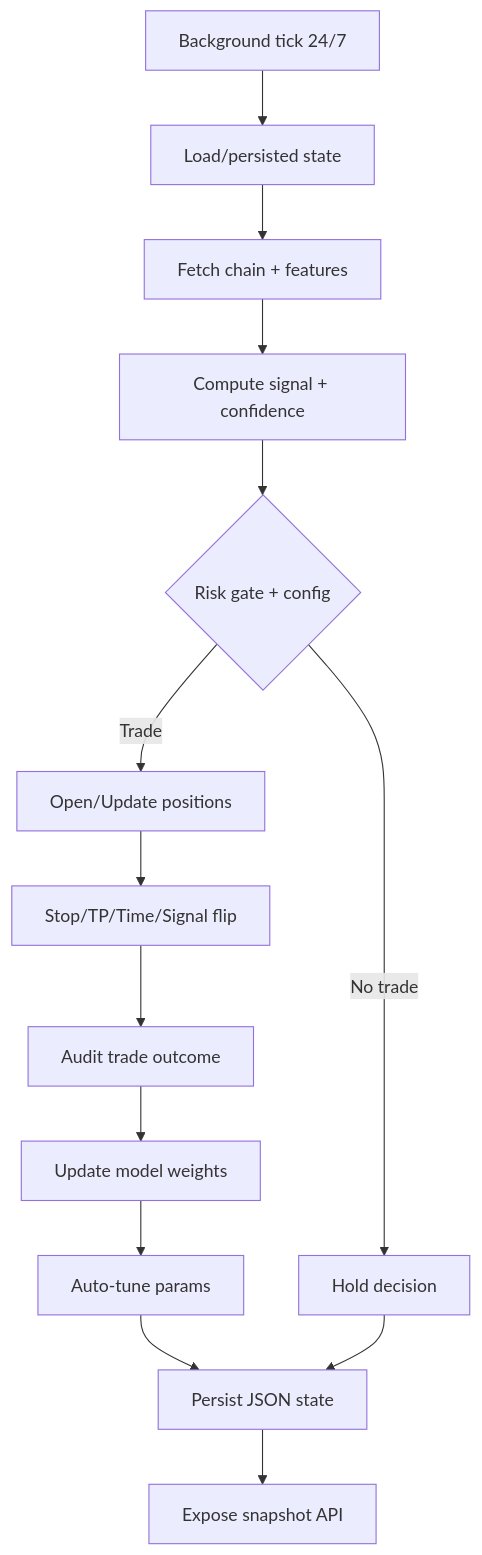
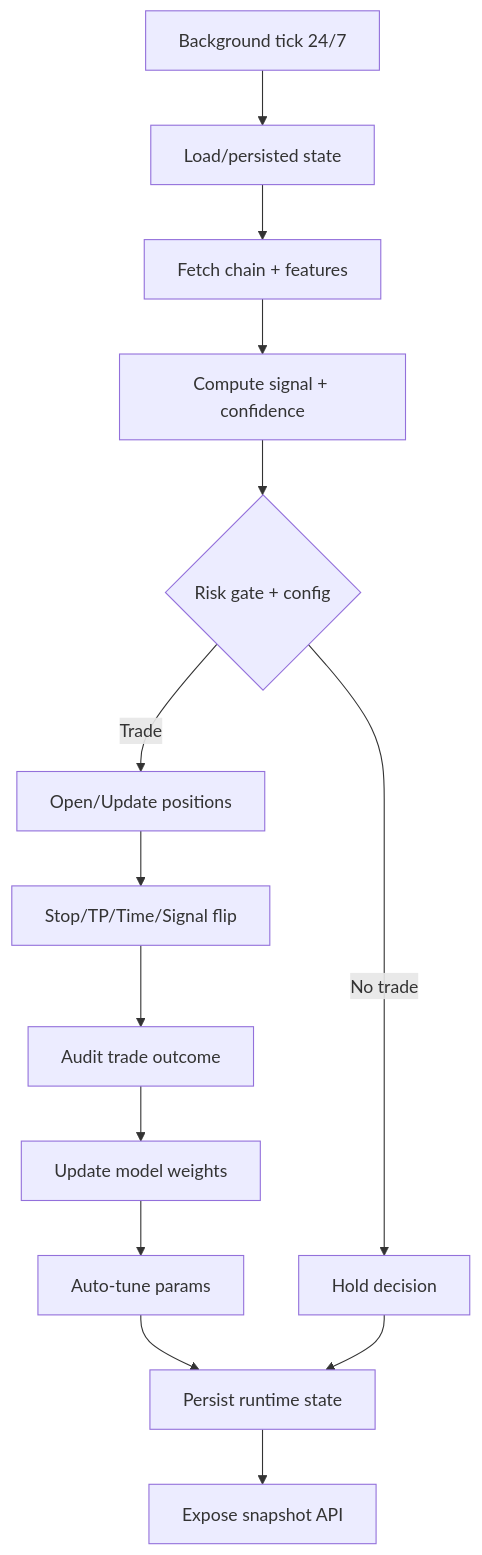
Before and after one commit to Kapriel-Talatinian/Atlas_public: the fourth of 5 diagrams in README.md, drawn with Mermaid. The commit also changed other lines of this file and 34 other files, not shown here.

````diff
--- a/README.md
+++ b/README.md
@@ -208,19 +213,19 @@
 ```mermaid
 flowchart TD
     Tick[Background tick 24/7] --> LoadState[Load/persisted state]
     LoadState --> FetchChain[Fetch chain + features]
     FetchChain --> Signal[Compute signal + confidence]
     Signal --> RiskGate{Risk gate + config}
 
     RiskGate -->|Trade| OpenPos[Open/Update positions]
     RiskGate -->|No trade| Hold[Hold decision]
 
     OpenPos --> ExitLogic[Stop/TP/Time/Signal flip]
     ExitLogic --> Audit[Audit trade outcome]
     Audit --> Learn[Update model weights]
     Learn --> AutoTune[Auto-tune params]
-    AutoTune --> Persist[Persist JSON state]
+    AutoTune --> Persist[Persist runtime state]
 
     Hold --> Persist
     Persist --> Snapshot[Expose snapshot API]
 ```
````
